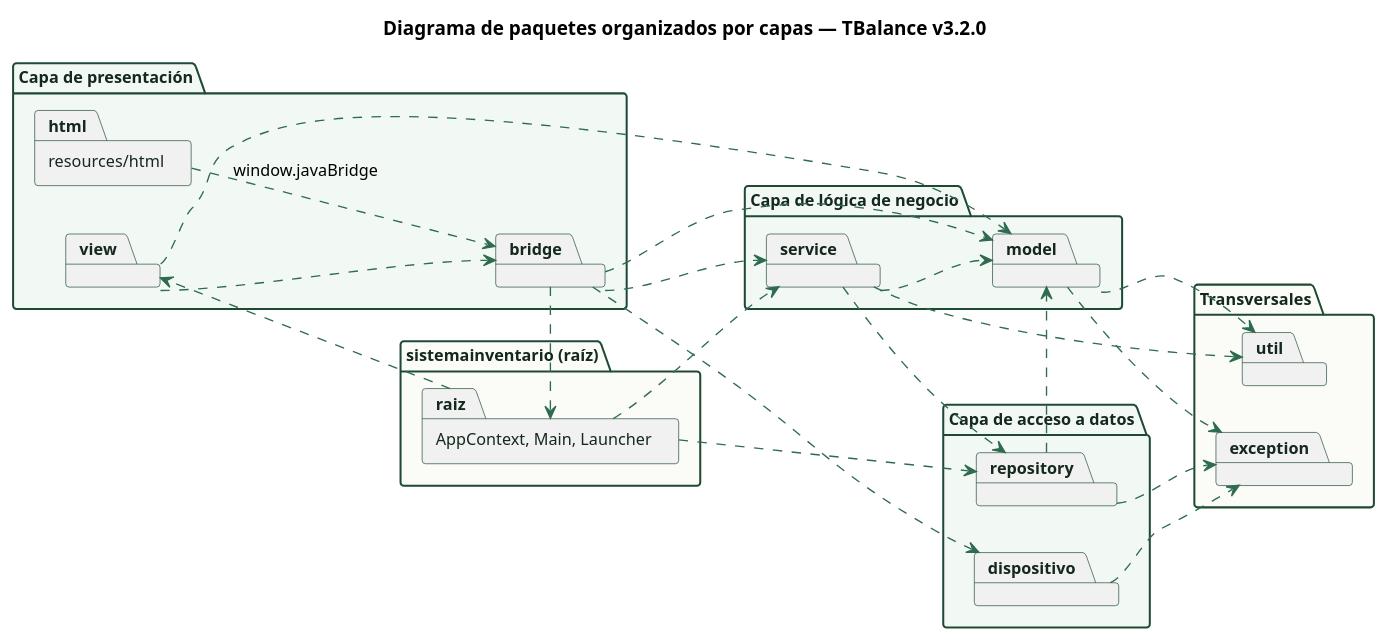
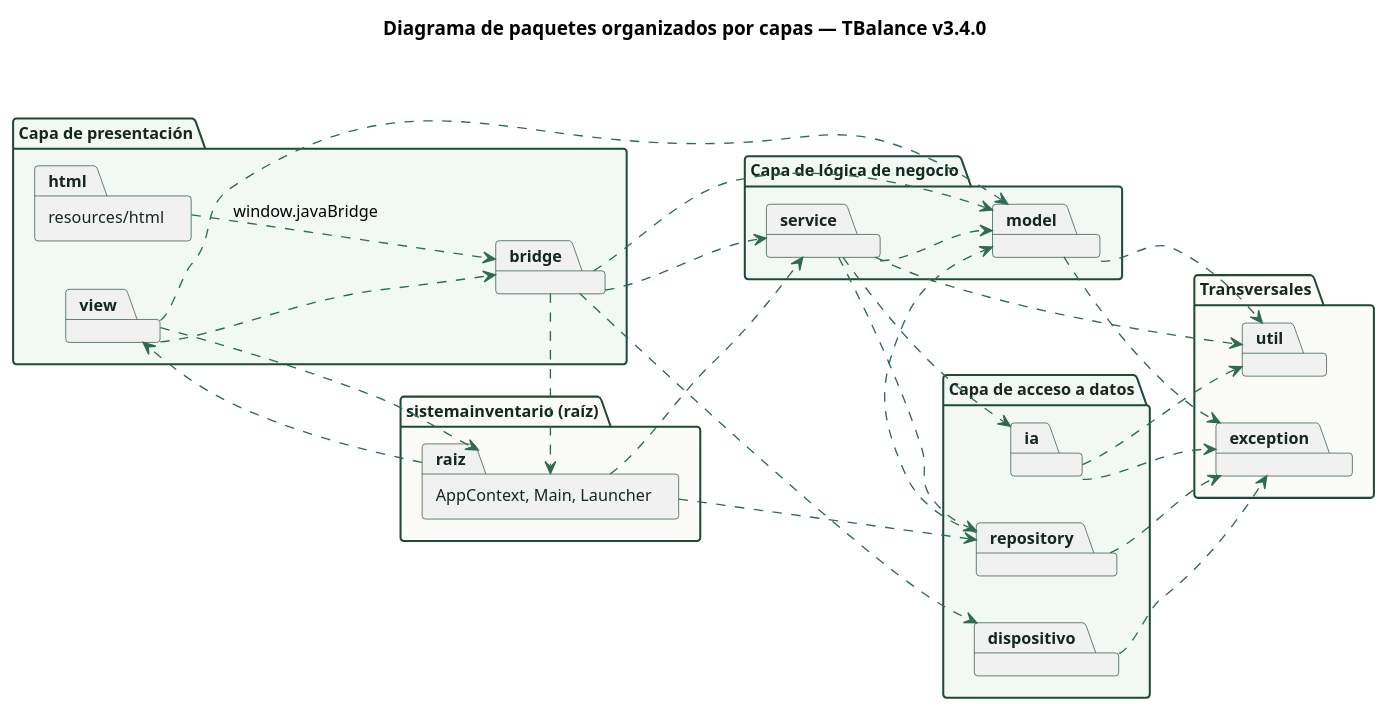
Before and after one commit to erickf-dev/TBalance: the diagram in docs/diagramas/paquetes.puml, drawn with PlantUML. The commit also changed 15 other files, not shown here.

First line of the commit message:
docs: update the diagrams for v3.4.0

```diff
--- a/docs/diagramas/paquetes.puml
+++ b/docs/diagramas/paquetes.puml
@@ -1,66 +1,71 @@
 @startuml
 skinparam shadowing false
 skinparam defaultFontName Helvetica
 skinparam defaultFontSize 12
 skinparam classAttributeIconSize 0
 skinparam packageStyle rectangle
 skinparam ArrowColor #2e6b4f
 skinparam class {
   BackgroundColor #f5faf6
   BorderColor #1e4a35
   HeaderBackgroundColor #e2efe6
 }
 skinparam package {
   BorderColor #1e4a35
   FontColor #14281d
 }
 skinparam note {
   BackgroundColor #fdf8ea
   BorderColor #d4a72c
 }
 hide empty members
 
-title Diagrama de paquetes organizados por capas — TBalance v3.2.0
+title Diagrama de paquetes organizados por capas — TBalance v3.4.0
 
 left to right direction
 skinparam packageStyle folder
 package "Capa de presentación" as P #f2f8f4 {
   package "resources/html" as html
   package view
   package bridge
 }
 package "Capa de lógica de negocio" as N #f2f8f4 {
   package service
   package model
 }
 package "Capa de acceso a datos" as D #f2f8f4 {
   package repository
+  package ia
   package dispositivo
 }
 package "Transversales" as T #fbfbf8 {
   package util
   package exception
 }
 package "sistemainventario (raíz)" as R #fbfbf8 {
   package "AppContext, Main, Launcher" as raiz
 }
 html ..> bridge : window.javaBridge
 view ..> bridge
 view ..> model
 bridge ..> service
 bridge ..> model
 bridge ..> dispositivo
 bridge ..> raiz
 service ..> repository
+service ..> ia
 service ..> model
 repository ..> model
 raiz ..> service
 raiz ..> repository
 raiz ..> view
 model ..> util
 model ..> exception
 service ..> util
 repository ..> exception
 dispositivo ..> exception
+ia ..> exception
+ia ..> util
+view ..> raiz
 
 @enduml
```
